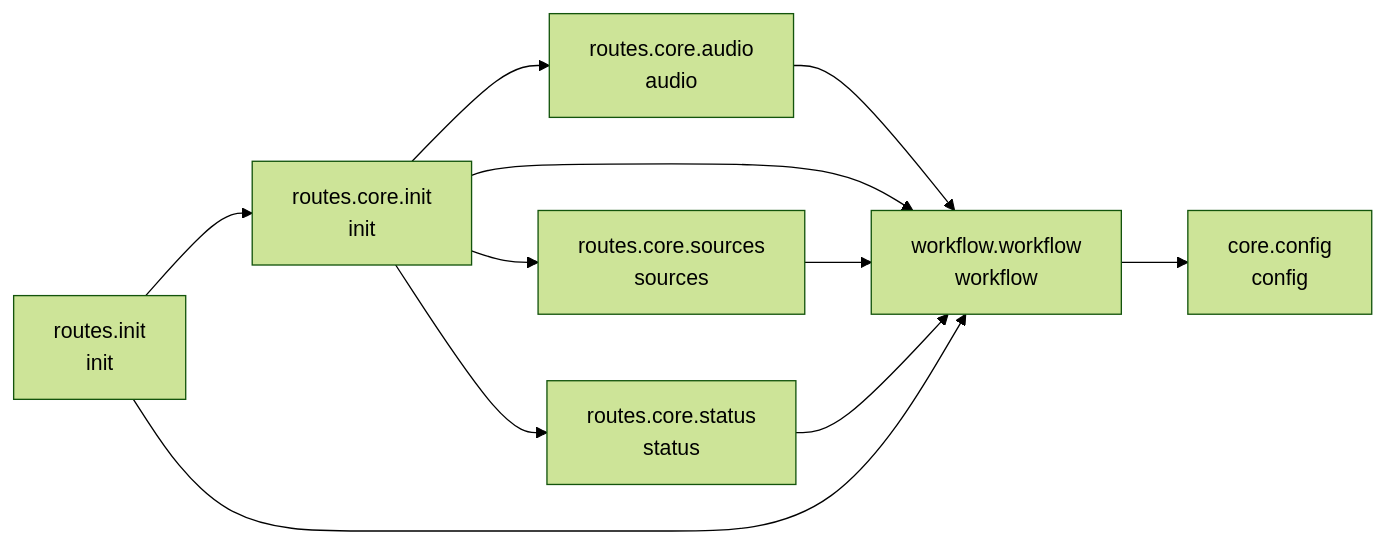
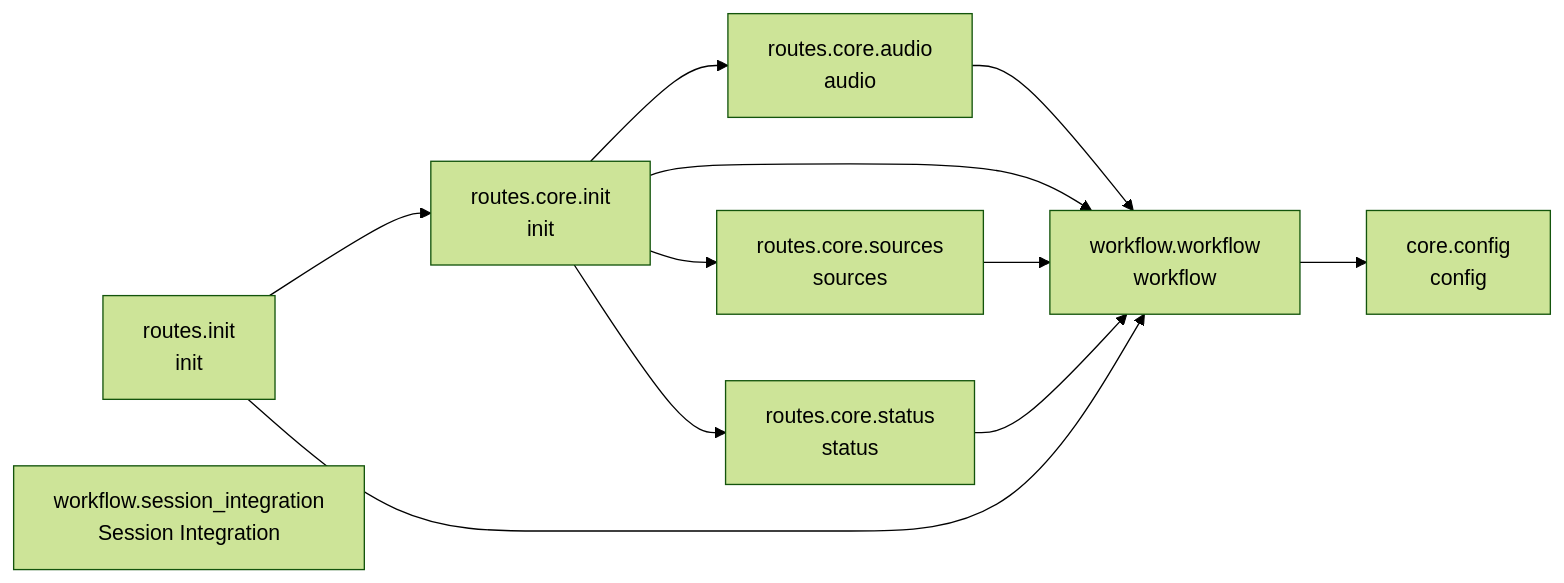
The diagram in README.md (cj-mills/cjm-fasthtml-workflow-transcript-decomp), drawn with Mermaid (forest theme) before and after one commit. The commit also changed other lines of this file and 8 other files, not shown here.

Commit message:
Integrate cjm-fasthtml-workflow-session-management with JS redirect on workflow completion and HTMX-swapped management tabs for Sessions and Documents.

````diff
--- a/README.md
+++ b/README.md
@@ -31,21 +32,22 @@
 ``` mermaid
 graph LR
     core_config[core.config<br/>config]
     routes_core_audio[routes.core.audio<br/>audio]
     routes_core_init[routes.core.init<br/>init]
     routes_core_sources[routes.core.sources<br/>sources]
     routes_core_status[routes.core.status<br/>status]
     routes_init[routes.init<br/>init]
+    workflow_session_integration[workflow.session_integration<br/>Session Integration]
     workflow_workflow[workflow.workflow<br/>workflow]
 
     routes_core_audio --> workflow_workflow
     routes_core_init --> workflow_workflow
     routes_core_init --> routes_core_status
     routes_core_init --> routes_core_sources
     routes_core_init --> routes_core_audio
     routes_core_sources --> workflow_workflow
     routes_core_status --> workflow_workflow
     routes_init --> workflow_workflow
     routes_init --> routes_core_init
     workflow_workflow --> core_config
 ```
````
